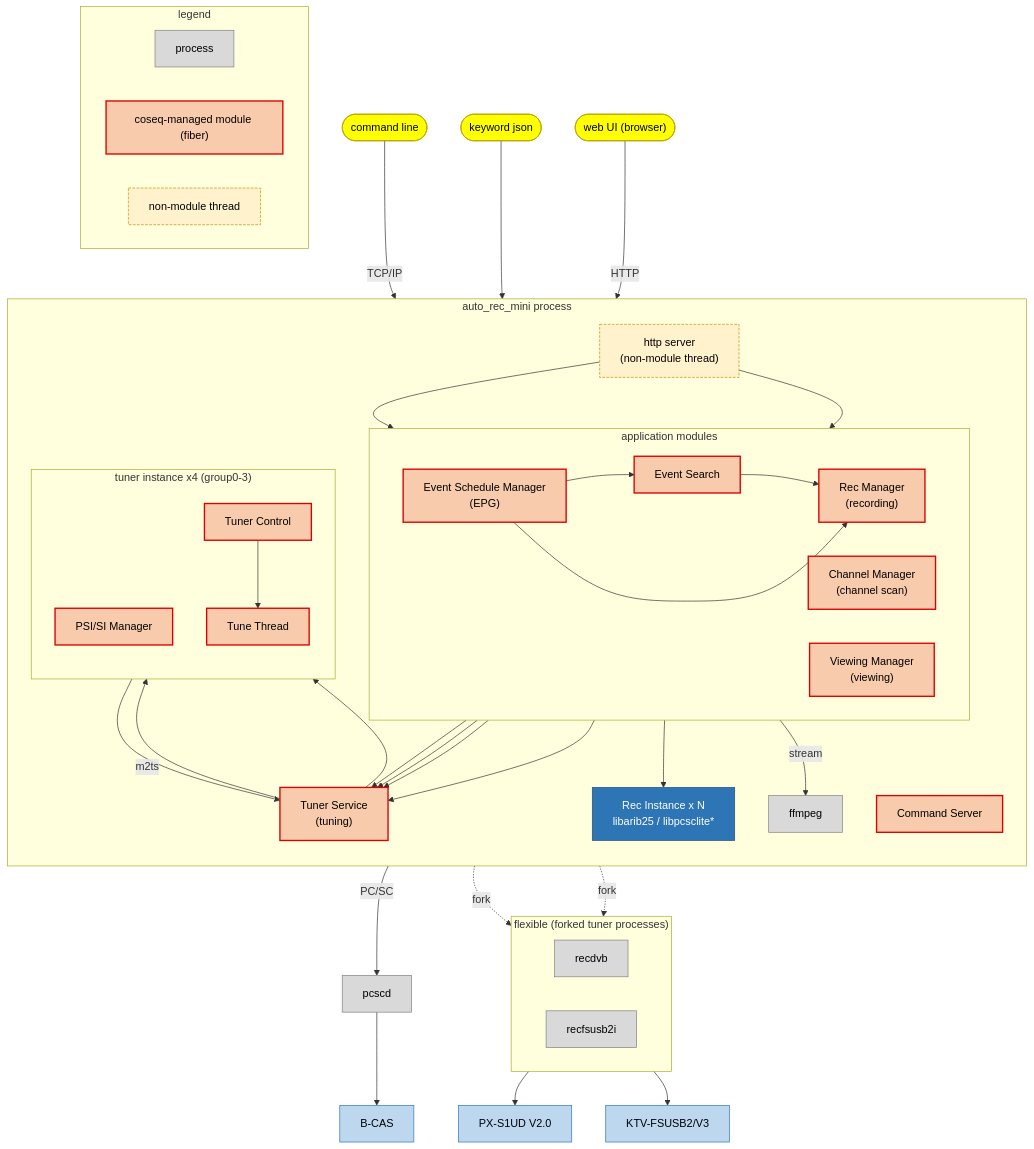
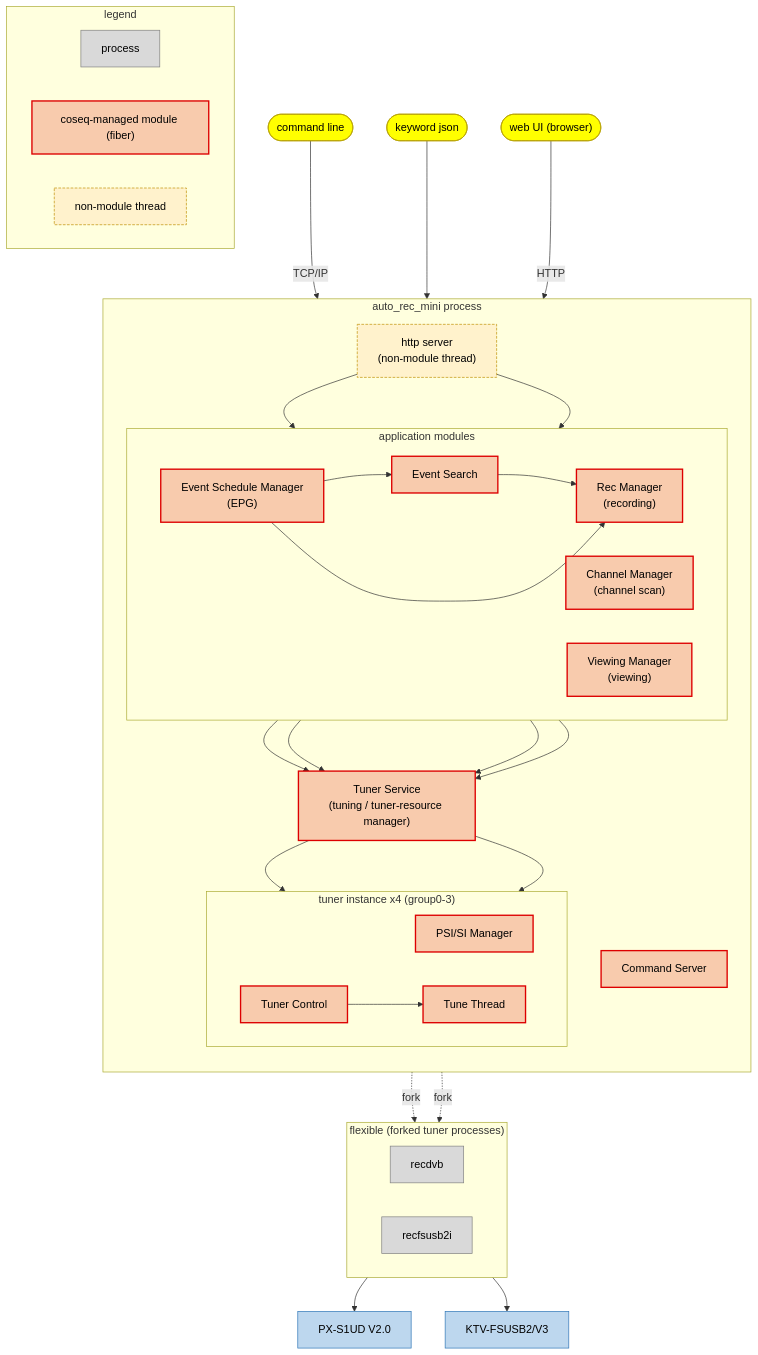
The first of 2 diagrams in README.md (ysan/auto_rec_mini), drawn with Mermaid before and after one commit. The commit also changed other lines of this file and 1 other file, not shown here.

Commit message:
docs: refine architecture diagrams in README
- split the single component diagram into two: a component/control
  diagram (modules -> Tuner Service -> tuner instances -> devices) and
  a separate m2ts data-flow diagram, so neither layout gets cluttered
- data flow: Tune Thread delivers the m2ts stream to the three
  receivers (PSI/SI Manager, Rec Instance, stream_handler for viewing);
  add stream_handler and the ffmpeg/HLS and B-CAS paths
- Tuner Service shown as the hub that manages/allocates tuner groups
- soften caption wording; drop the ITsReceiveHandler interface name

```diff
--- a/README.md
+++ b/README.md
@@ -52,7 +52,6 @@
 
     subgraph PROC["auto_rec_mini process"]
       direction TB
-
       CS["Command Server"]:::mod
       HTTP["http server<br/>(non-module thread)"]:::thread
 
@@ -65,17 +64,13 @@
         VM["Viewing Manager<br/>(viewing)"]:::mod
       end
 
-      REC["Rec Instance x N<br/>libarib25 / libpcsclite*"]:::lib
-      VIEWER["ffmpeg"]:::proc2
-
-      TS["Tuner Service<br/>(tuning)"]:::mod
+      TS["Tuner Service<br/>(tuning / tuner-resource manager)"]:::mod
 
       subgraph TUN["tuner instance x4 (group0-3)"]
-        direction TB
+        direction LR
         PSI["PSI/SI Manager"]:::mod
         TC["Tuner Control"]:::mod
         TT["Tune Thread"]:::mod
-        TC --> TT
       end
     end
 
@@ -85,43 +80,24 @@
       RECFS["recfsusb2i"]:::proc2
     end
 
-    PCSCD["pcscd"]:::proc2
-    BCAS["B-CAS"]:::hw
     DEV1["PX-S1UD V2.0"]:::hw
     DEV2["KTV-FSUSB2/V3"]:::hw
 
-    %% inputs
     cmdline -->|TCP/IP| CS
     kwjson --> ES
     webcli -->|HTTP| HTTP
-
-    %% Command Server sends commands to all modules (edges omitted; see "How to use CLI")
     HTTP --> VM
     HTTP --> CM
-
-    %% application-level flow
     ESM --> ES
     ES --> RM
     ESM --> RM
-
-    %% modules converge into tuner service
     CM --> TS
     ESM --> TS
     RM --> TS
     VM --> TS
-
-    %% recording / viewing outputs
-    RM --> REC
-    VM -->|stream| VIEWER
-    REC -->|PC/SC| PCSCD
-    PCSCD --> BCAS
-
-    %% tuner service drives the tuner instances below it
     TS --> PSI
     TS --> TC
-    TT -->|m2ts| TS
-
-    %% tune thread forks external tuner processes
+    TC --> TT
     TT -.fork.-> RECDVB
     TT -.fork.-> RECFS
     RECDVB --> DEV1
```
